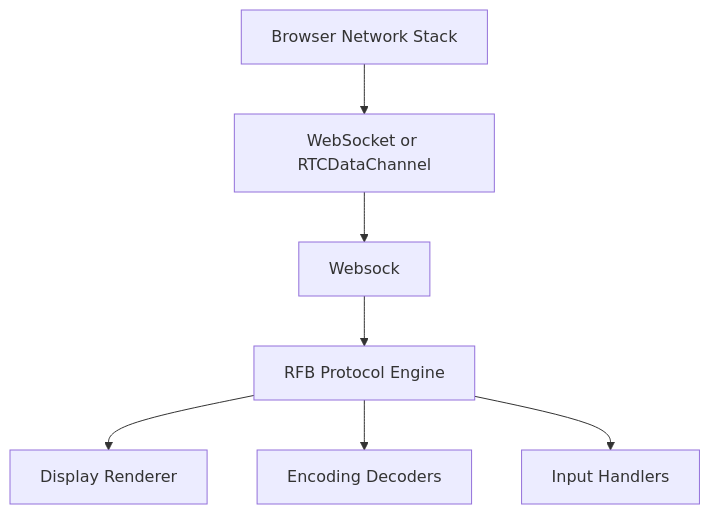
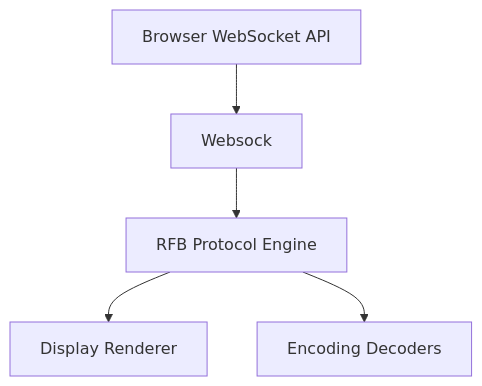
Before and after one commit to Ylianst/MeshCentral: the first of 7 diagrams in docs/reference/architecture/websock/websock.md, drawn with Mermaid. The commit also changed other lines of this file and 642 other files, not shown here.

````diff
--- a/docs/reference/architecture/websock/websock.md
+++ b/docs/reference/architecture/websock/websock.md
@@ -31,9 +42,7 @@
 ```mermaid
 flowchart TD
-    Browser["Browser Network Stack"] --> WS["WebSocket or RTCDataChannel"]
-    WS --> Websock["Websock"]
+    Browser["Browser WebSocket API"] --> Websock["Websock"]
     Websock --> RFB["RFB Protocol Engine"]
     RFB --> Display["Display Renderer"]
     RFB --> Decoders["Encoding Decoders"]
-    RFB --> Input["Input Handlers"]
 ```
````
